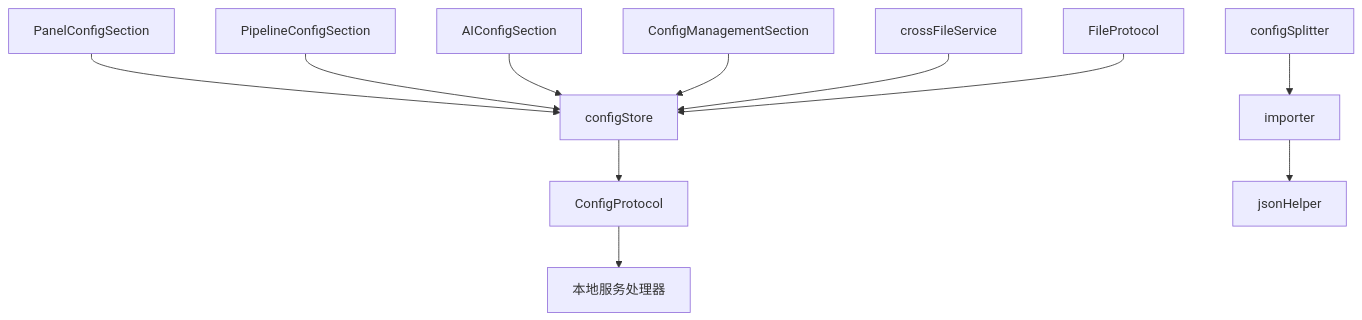
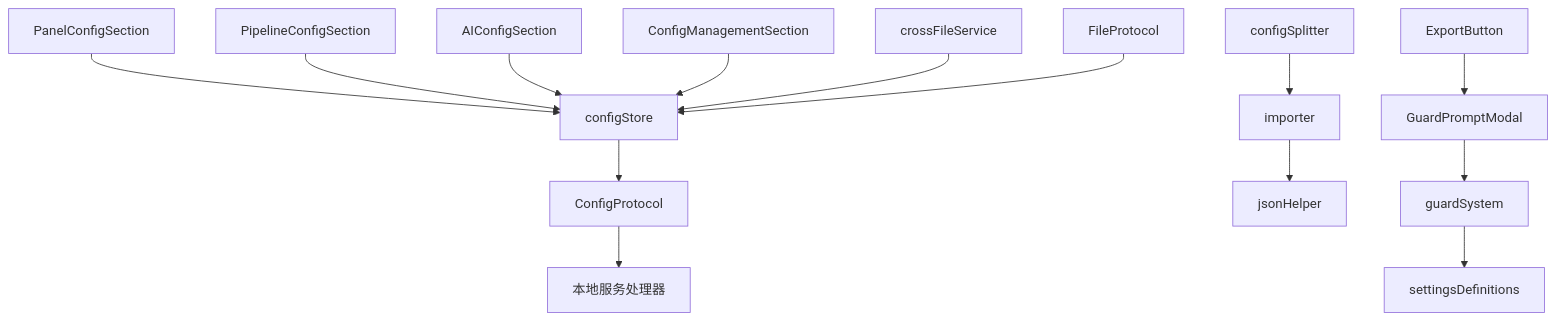
Before and after one commit to kqcoxn/MaaPipelineEditor: the ninth of 9 diagrams in .qoder/repowiki/zh/content/配置管理/前端配置系统.md, drawn with Mermaid. The commit also changed other lines of this file and 50 other files, not shown here.

````diff
--- a/.qoder/repowiki/zh/content/配置管理/前端配置系统.md
+++ b/.qoder/repowiki/zh/content/配置管理/前端配置系统.md
@@ -352,13 +453,16 @@
 ```mermaid
 graph TB
 PCS["PanelConfigSection"] --> CS["configStore"]
 PPS["PipelineConfigSection"] --> CS
 AIS["AIConfigSection"] --> CS
 CMS["ConfigManagementSection"] --> CS
 CS --> CP["ConfigProtocol"]
 CP --> LCH["本地服务处理器"]
 CSI["configSplitter"] --> IMP["importer"]
 IMP --> JH["jsonHelper"]
 CFS["crossFileService"] --> CS
 FPP["FileProtocol"] --> CS
+GPM["GuardPromptModal"] --> GS["guardSystem"]
+GS --> SD["settingsDefinitions"]
+EB["ExportButton"] --> GPM
 ```
````
